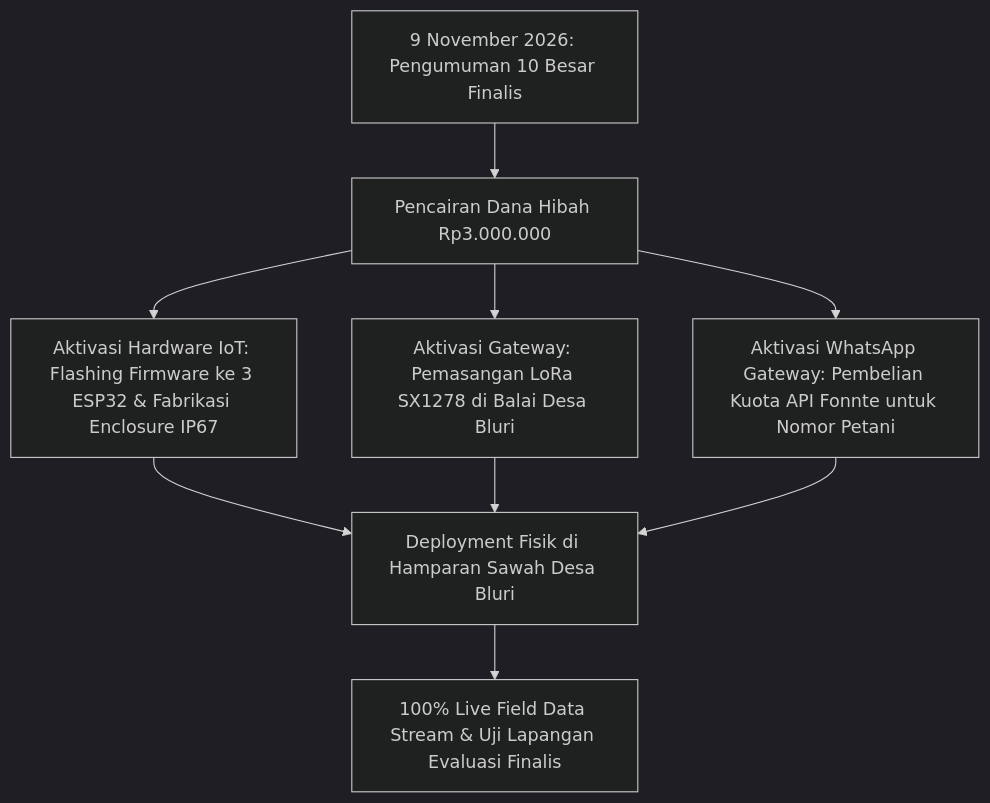
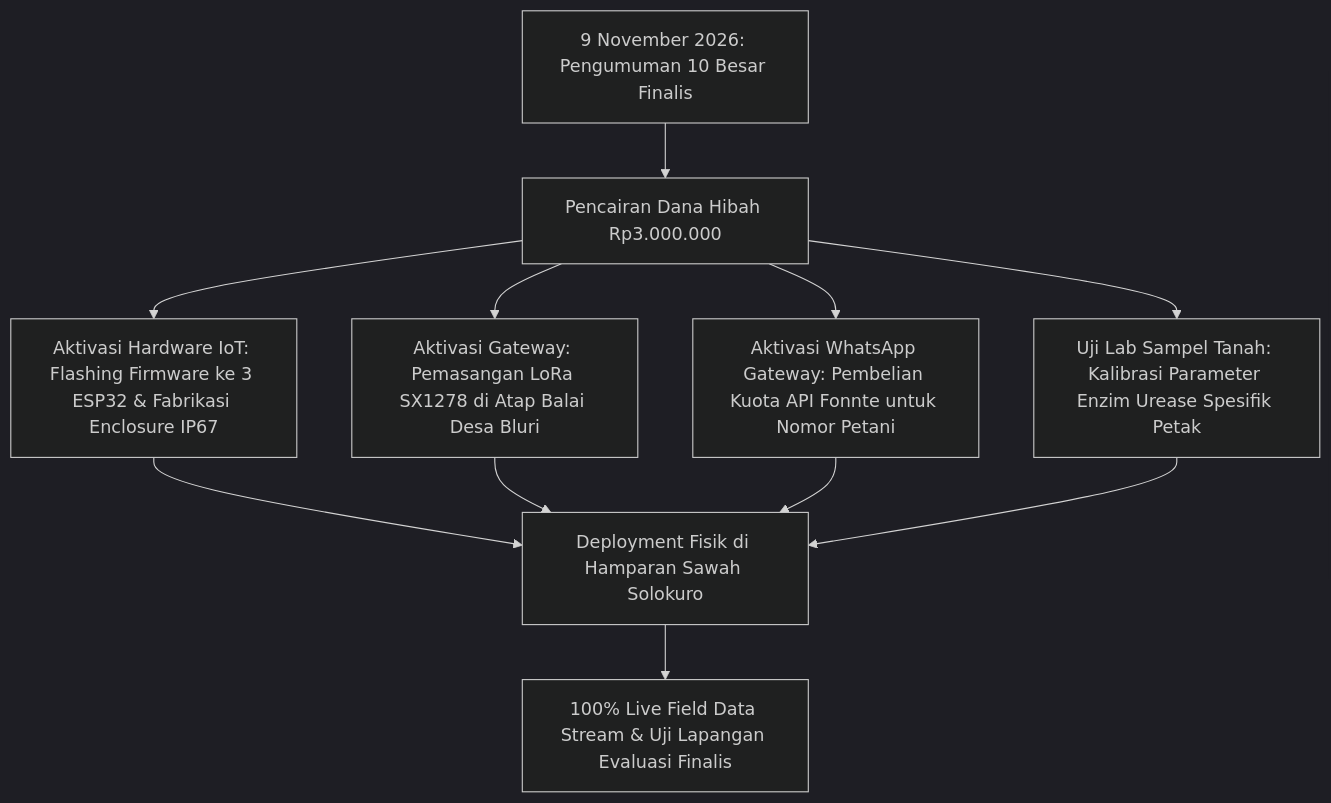
Before and after one commit to syifamojocanggih-hash/VolatiSafe-AIoT: the diagram in docs/not_activate.md, drawn with Mermaid (dark theme). The commit also changed other lines of this file and 9 other files, not shown here.

````diff
--- a/docs/not_activate.md
+++ b/docs/not_activate.md
@@ -107,11 +147,13 @@
 ```mermaid
 flowchart TD
     A["9 November 2026: Pengumuman 10 Besar Finalis"] --> B["Pencairan Dana Hibah Rp3.000.000"]
     B --> C["Aktivasi Hardware IoT: Flashing Firmware ke 3 ESP32 & Fabrikasi Enclosure IP67"]
-    B --> D["Aktivasi Gateway: Pemasangan LoRa SX1278 di Balai Desa Bluri"]
+    B --> D["Aktivasi Gateway: Pemasangan LoRa SX1278 di Atap Balai Desa Bluri"]
     B --> E["Aktivasi WhatsApp Gateway: Pembelian Kuota API Fonnte untuk Nomor Petani"]
-    C --> F["Deployment Fisik di Hamparan Sawah Desa Bluri"]
+    B --> H["Uji Lab Sampel Tanah: Kalibrasi Parameter Enzim Urease Spesifik Petak"]
+    C --> F["Deployment Fisik di Hamparan Sawah Solokuro"]
     D --> F
     E --> F
+    H --> F
     F --> G["100% Live Field Data Stream & Uji Lapangan Evaluasi Finalis"]
 ```
````
